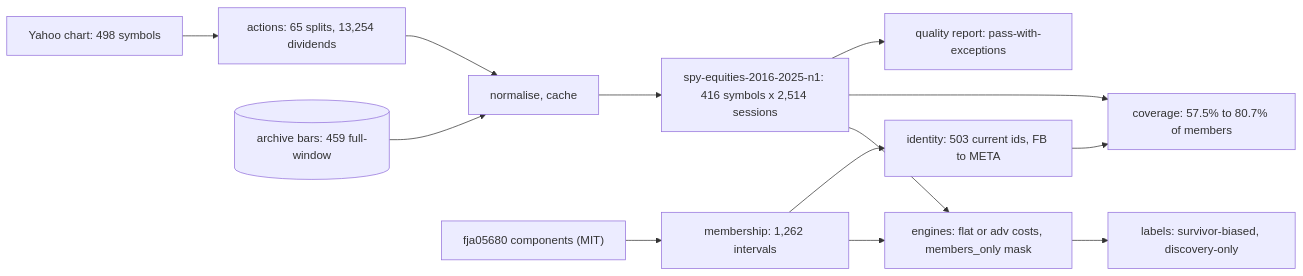
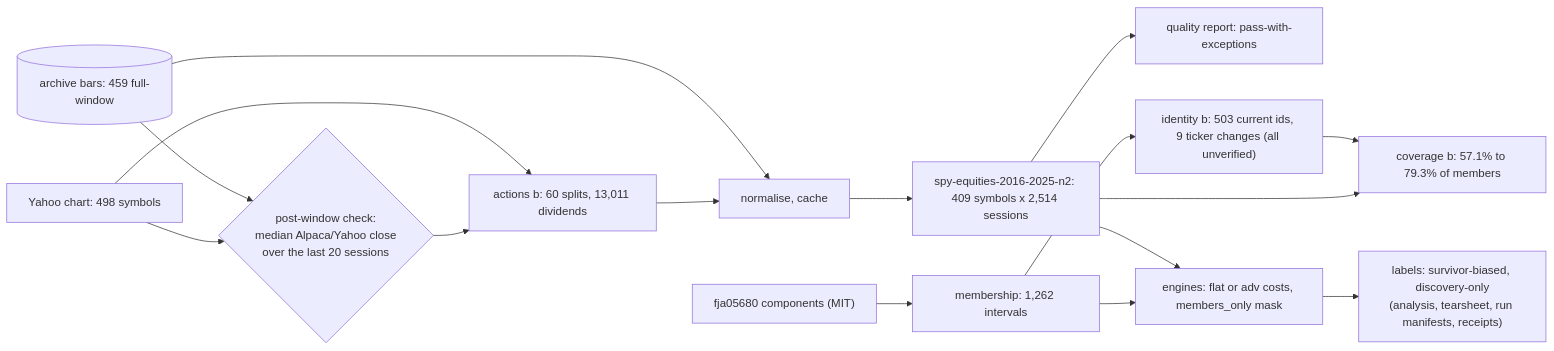
One commit to kenfuliang/quant-trading-lab changed the diagram in docs/tasks/2026-11-18-stock-layer.md. Above: the diagram before and after it, drawn with Mermaid. The commit also changed other lines of this file and 6 other files, not shown here.

````diff
--- a/docs/tasks/2026-11-18-stock-layer.md
+++ b/docs/tasks/2026-11-18-stock-layer.md
@@ -22,15 +26,18 @@
 ```mermaid
 flowchart LR
-    Y[Yahoo chart: 498 symbols] --> A["actions: 65 splits, 13,254 dividends"]
-    AR[(archive bars: 459 full-window)] --> N[normalise, cache]
+    Y[Yahoo chart: 498 symbols] --> A["actions b: 60 splits, 13,011 dividends"]
+    AR[(archive bars: 459 full-window)] --> P{"post-window check:<br/>median Alpaca/Yahoo close<br/>over the last 20 sessions"}
+    Y --> P
+    P --> A
+    AR --> N[normalise, cache]
     A --> N
-    N --> DS["spy-equities-2016-2025-n1: 416 symbols x 2,514 sessions"]
+    N --> DS["spy-equities-2016-2025-n2: 409 symbols x 2,514 sessions"]
     DS --> Q[quality report: pass-with-exceptions]
     G["fja05680 components (MIT)"] --> M["membership: 1,262 intervals"]
-    M --> I["identity: 503 current ids, FB to META"]
-    I --> C["coverage: 57.5% to 80.7% of members"]
+    M --> I["identity b: 503 current ids, 9 ticker changes (all unverified)"]
+    I --> C["coverage b: 57.1% to 79.3% of members"]
     DS --> C
     DS --> E["engines: flat or adv costs, members_only mask"]
     M --> E
-    E --> L["labels: survivor-biased, discovery-only"]
+    E --> L["labels: survivor-biased, discovery-only<br/>(analysis, tearsheet, run manifests, receipts)"]
 ```
````
